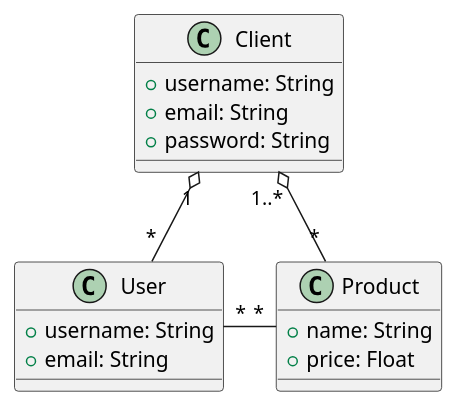
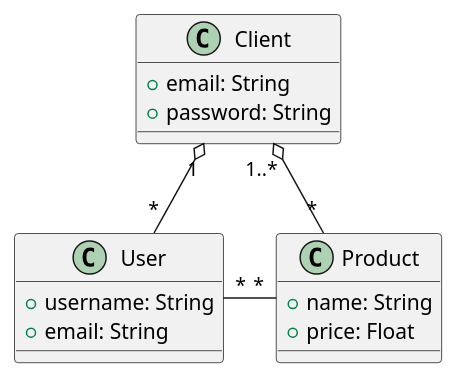
The diagram in diagrams/plantuml/classes.puml (leomoille/BilmoAPI), drawn with PlantUML before and after one commit.

Commit message:
Update diagram

```diff
--- a/diagrams/plantuml/classes.puml
+++ b/diagrams/plantuml/classes.puml
@@ -1,23 +1,22 @@
 @startuml
 'https://plantuml.com/class-diagram
 
 class User {
     + username: String
     + email: String
 }
 class Client {
-    + username: String
     + email: String
     + password: String
 }
 class Product {
     + name: String
     + price: Float
 }
 
 Client "1" o- "*" User
 Client "1..*" o-- "*" Product
 User "*" - "*" Product
 
 
 @enduml
```
